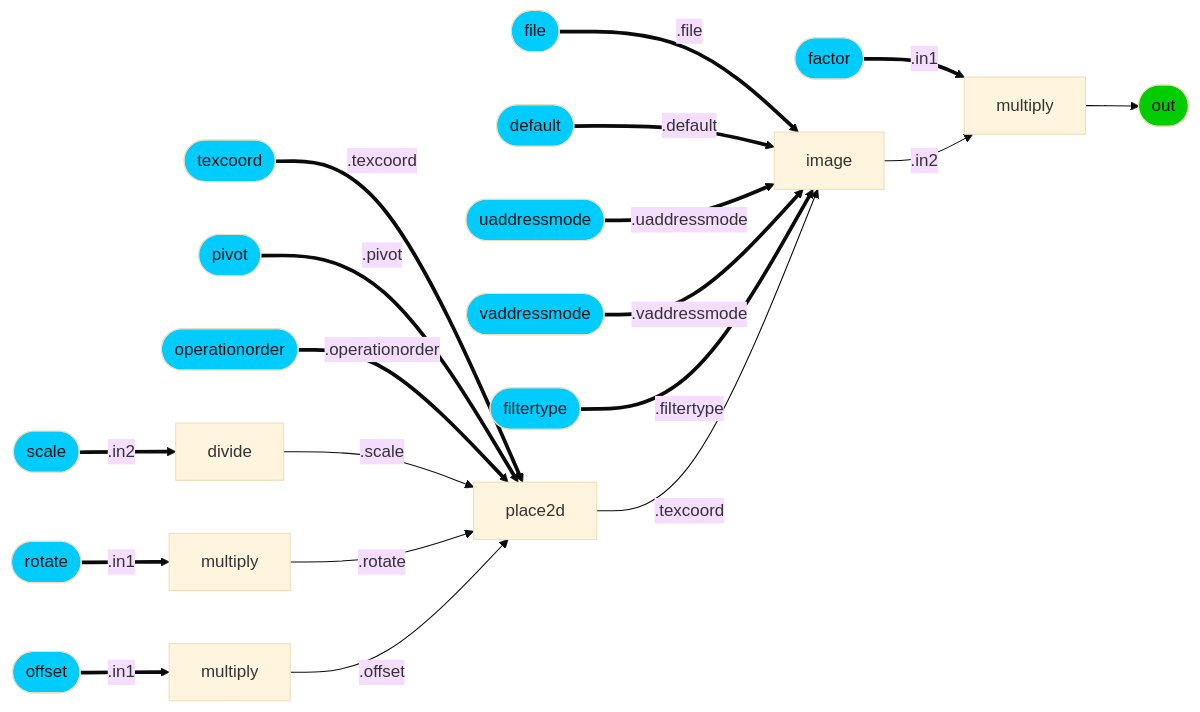
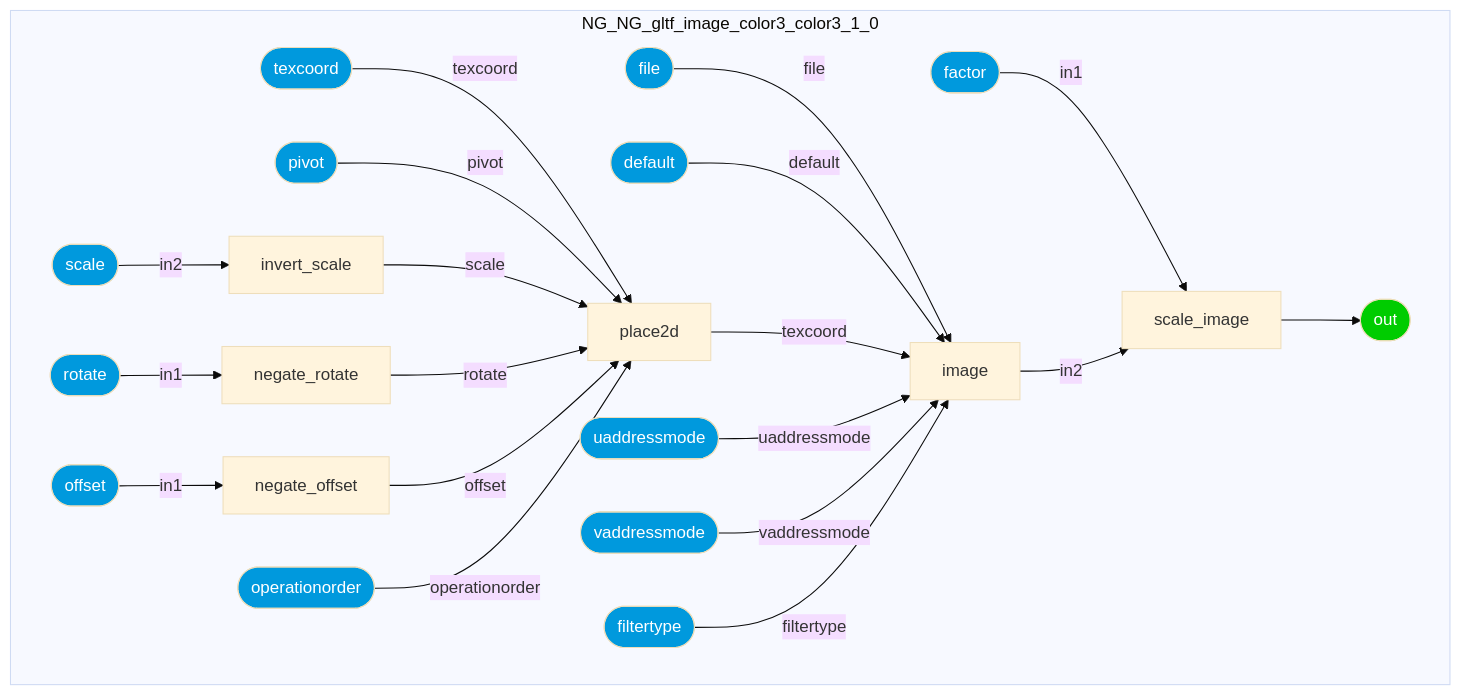
One commit to kwokcb/MaterialX_Learn changed the third of 36 diagrams in documents/definitions/bxdf_doc.md. Above: the diagram before and after it, drawn with Mermaid (base theme). The commit also changed other lines of this file and 1015 other files, not shown here.

````diff
--- a/documents/definitions/bxdf_doc.md
+++ b/documents/definitions/bxdf_doc.md
@@ -368,35 +441,55 @@
 ```mermaid
-graph LR; 
-    NG_NG_gltf_image_color3_color3_1_0_scale_image[multiply] --> NG_NG_gltf_image_color3_color3_1_0_out([out])
-    style NG_NG_gltf_image_color3_color3_1_0_out fill:#0C0, color:#111
-    NG_NG_gltf_image_color3_color3_1_0_factorINT([factor]) ==.in1==> NG_NG_gltf_image_color3_color3_1_0_scale_image[multiply]
-    style NG_NG_gltf_image_color3_color3_1_0_factorINT fill:#0CF, color:#111
-    NG_NG_gltf_image_color3_color3_1_0_image[image] --".in2"--> NG_NG_gltf_image_color3_color3_1_0_scale_image[multiply]
-    NG_NG_gltf_image_color3_color3_1_0_fileINT([file]) ==.file==> NG_NG_gltf_image_color3_color3_1_0_image[image]
-    style NG_NG_gltf_image_color3_color3_1_0_fileINT fill:#0CF, color:#111
-    NG_NG_gltf_image_color3_color3_1_0_dfaultINT([default]) ==.default==> NG_NG_gltf_image_color3_color3_1_0_image[image]
-    style NG_NG_gltf_image_color3_color3_1_0_dfaultINT fill:#0CF, color:#111
-    NG_NG_gltf_image_color3_color3_1_0_uaddressmodeINT([uaddressmode]) ==.uaddressmode==> NG_NG_gltf_image_color3_color3_1_0_image[image]
-    style NG_NG_gltf_image_color3_color3_1_0_uaddressmodeINT fill:#0CF, color:#111
-    NG_NG_gltf_image_color3_color3_1_0_vaddressmodeINT([vaddressmode]) ==.vaddressmode==> NG_NG_gltf_image_color3_color3_1_0_image[image]
-    style NG_NG_gltf_image_color3_color3_1_0_vaddressmodeINT fill:#0CF, color:#111
-    NG_NG_gltf_image_color3_color3_1_0_filtertypeINT([filtertype]) ==.filtertype==> NG_NG_gltf_image_color3_color3_1_0_image[image]
-    style NG_NG_gltf_image_color3_color3_1_0_filtertypeINT fill:#0CF, color:#111
-    NG_NG_gltf_image_color3_color3_1_0_place2d[place2d] --".texcoord"--> NG_NG_gltf_image_color3_color3_1_0_image[image]
-    NG_NG_gltf_image_color3_color3_1_0_texcoordINT([texcoord]) ==.texcoord==> NG_NG_gltf_image_color3_color3_1_0_place2d[place2d]
-    style NG_NG_gltf_image_color3_color3_1_0_texcoordINT fill:#0CF, color:#111
-    NG_NG_gltf_image_color3_color3_1_0_pivotINT([pivot]) ==.pivot==> NG_NG_gltf_image_color3_color3_1_0_place2d[place2d]
-    style NG_NG_gltf_image_color3_color3_1_0_pivotINT fill:#0CF, color:#111
-    NG_NG_gltf_image_color3_color3_1_0_operationorderINT([operationorder]) ==.operationorder==> NG_NG_gltf_image_color3_color3_1_0_place2d[place2d]
-    style NG_NG_gltf_image_color3_color3_1_0_operationorderINT fill:#0CF, color:#111
-    NG_NG_gltf_image_color3_color3_1_0_invert_scale[divide] --".scale"--> NG_NG_gltf_image_color3_color3_1_0_place2d[place2d]
-    NG_NG_gltf_image_color3_color3_1_0_scaleINT([scale]) ==.in2==> NG_NG_gltf_image_color3_color3_1_0_invert_scale[divide]
-    style NG_NG_gltf_image_color3_color3_1_0_scaleINT fill:#0CF, color:#111
-    NG_NG_gltf_image_color3_color3_1_0_negate_rotate[multiply] --".rotate"--> NG_NG_gltf_image_color3_color3_1_0_place2d[place2d]
-    NG_NG_gltf_image_color3_color3_1_0_rotateINT([rotate]) ==.in1==> NG_NG_gltf_image_color3_color3_1_0_negate_rotate[multiply]
-    style NG_NG_gltf_image_color3_color3_1_0_rotateINT fill:#0CF, color:#111
-    NG_NG_gltf_image_color3_color3_1_0_negate_offset[multiply] --".offset"--> NG_NG_gltf_image_color3_color3_1_0_place2d[place2d]
-    NG_NG_gltf_image_color3_color3_1_0_offsetINT([offset]) ==.in1==> NG_NG_gltf_image_color3_color3_1_0_negate_offset[multiply]
-    style NG_NG_gltf_image_color3_color3_1_0_offsetINT fill:#0CF, color:#111
-
+graph TB
+    subgraph NG_NG_gltf_image_color3_color3_1_0
+    NG_NG_gltf_image_color3_color3_1_0_image[image]
+    NG_NG_gltf_image_color3_color3_1_0_invert_scale[invert_scale]
+    NG_NG_gltf_image_color3_color3_1_0_negate_rotate[negate_rotate]
+    NG_NG_gltf_image_color3_color3_1_0_negate_offset[negate_offset]
+    NG_NG_gltf_image_color3_color3_1_0_place2d[place2d]
+    NG_NG_gltf_image_color3_color3_1_0_scale_image[scale_image]
+    style NG_NG_gltf_image_color3_color3_1_0_out  fill:#0C0, color:#FFF
+    NG_NG_gltf_image_color3_color3_1_0_out([out])
+    style NG_NG_gltf_image_color3_color3_1_0_file  fill:#09D, color:#FFF
+    NG_NG_gltf_image_color3_color3_1_0_file([file])
+    style NG_NG_gltf_image_color3_color3_1_0_default1  fill:#09D, color:#FFF
+    NG_NG_gltf_image_color3_color3_1_0_default1([default])
+    style NG_NG_gltf_image_color3_color3_1_0_uaddressmode  fill:#09D, color:#FFF
+    NG_NG_gltf_image_color3_color3_1_0_uaddressmode([uaddressmode])
+    style NG_NG_gltf_image_color3_color3_1_0_vaddressmode  fill:#09D, color:#FFF
+    NG_NG_gltf_image_color3_color3_1_0_vaddressmode([vaddressmode])
+    style NG_NG_gltf_image_color3_color3_1_0_filtertype  fill:#09D, color:#FFF
+    NG_NG_gltf_image_color3_color3_1_0_filtertype([filtertype])
+    style NG_NG_gltf_image_color3_color3_1_0_scale  fill:#09D, color:#FFF
+    NG_NG_gltf_image_color3_color3_1_0_scale([scale])
+    style NG_NG_gltf_image_color3_color3_1_0_rotate  fill:#09D, color:#FFF
+    NG_NG_gltf_image_color3_color3_1_0_rotate([rotate])
+    style NG_NG_gltf_image_color3_color3_1_0_offset  fill:#09D, color:#FFF
+    NG_NG_gltf_image_color3_color3_1_0_offset([offset])
+    style NG_NG_gltf_image_color3_color3_1_0_texcoord  fill:#09D, color:#FFF
+    NG_NG_gltf_image_color3_color3_1_0_texcoord([texcoord])
+    style NG_NG_gltf_image_color3_color3_1_0_pivot  fill:#09D, color:#FFF
+    NG_NG_gltf_image_color3_color3_1_0_pivot([pivot])
+    style NG_NG_gltf_image_color3_color3_1_0_operationorder  fill:#09D, color:#FFF
+    NG_NG_gltf_image_color3_color3_1_0_operationorder([operationorder])
+    style NG_NG_gltf_image_color3_color3_1_0_factor  fill:#09D, color:#FFF
+    NG_NG_gltf_image_color3_color3_1_0_factor([factor])
+    end
+    NG_NG_gltf_image_color3_color3_1_0_file --"file"--> NG_NG_gltf_image_color3_color3_1_0_image
+    NG_NG_gltf_image_color3_color3_1_0_default1 --"default"--> NG_NG_gltf_image_color3_color3_1_0_image
+    NG_NG_gltf_image_color3_color3_1_0_place2d --"texcoord"--> NG_NG_gltf_image_color3_color3_1_0_image
+    NG_NG_gltf_image_color3_color3_1_0_uaddressmode --"uaddressmode"--> NG_NG_gltf_image_color3_color3_1_0_image
+    NG_NG_gltf_image_color3_color3_1_0_vaddressmode --"vaddressmode"--> NG_NG_gltf_image_color3_color3_1_0_image
+    NG_NG_gltf_image_color3_color3_1_0_filtertype --"filtertype"--> NG_NG_gltf_image_color3_color3_1_0_image
+    NG_NG_gltf_image_color3_color3_1_0_scale --"in2"--> NG_NG_gltf_image_color3_color3_1_0_invert_scale
+    NG_NG_gltf_image_color3_color3_1_0_rotate --"in1"--> NG_NG_gltf_image_color3_color3_1_0_negate_rotate
+    NG_NG_gltf_image_color3_color3_1_0_offset --"in1"--> NG_NG_gltf_image_color3_color3_1_0_negate_offset
+    NG_NG_gltf_image_color3_color3_1_0_texcoord --"texcoord"--> NG_NG_gltf_image_color3_color3_1_0_place2d
+    NG_NG_gltf_image_color3_color3_1_0_pivot --"pivot"--> NG_NG_gltf_image_color3_color3_1_0_place2d
+    NG_NG_gltf_image_color3_color3_1_0_invert_scale --"scale"--> NG_NG_gltf_image_color3_color3_1_0_place2d
+    NG_NG_gltf_image_color3_color3_1_0_negate_rotate --"rotate"--> NG_NG_gltf_image_color3_color3_1_0_place2d
+    NG_NG_gltf_image_color3_color3_1_0_negate_offset --"offset"--> NG_NG_gltf_image_color3_color3_1_0_place2d
+    NG_NG_gltf_image_color3_color3_1_0_operationorder --"operationorder"--> NG_NG_gltf_image_color3_color3_1_0_place2d
+    NG_NG_gltf_image_color3_color3_1_0_factor --"in1"--> NG_NG_gltf_image_color3_color3_1_0_scale_image
+    NG_NG_gltf_image_color3_color3_1_0_image --"in2"--> NG_NG_gltf_image_color3_color3_1_0_scale_image
+    NG_NG_gltf_image_color3_color3_1_0_scale_image --> NG_NG_gltf_image_color3_color3_1_0_out
 ```
````
